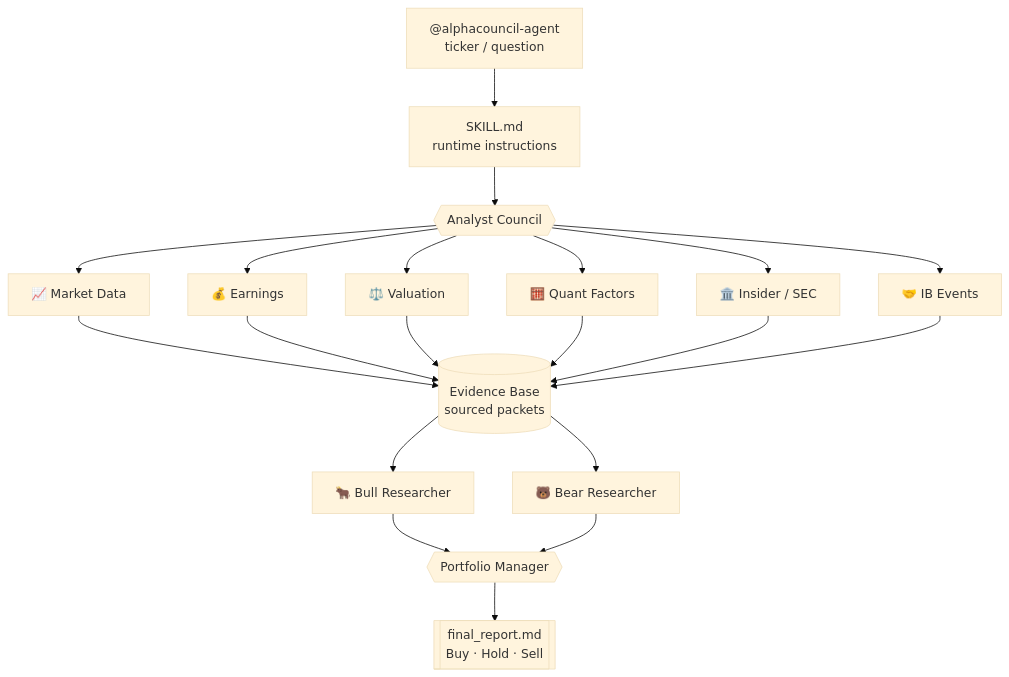
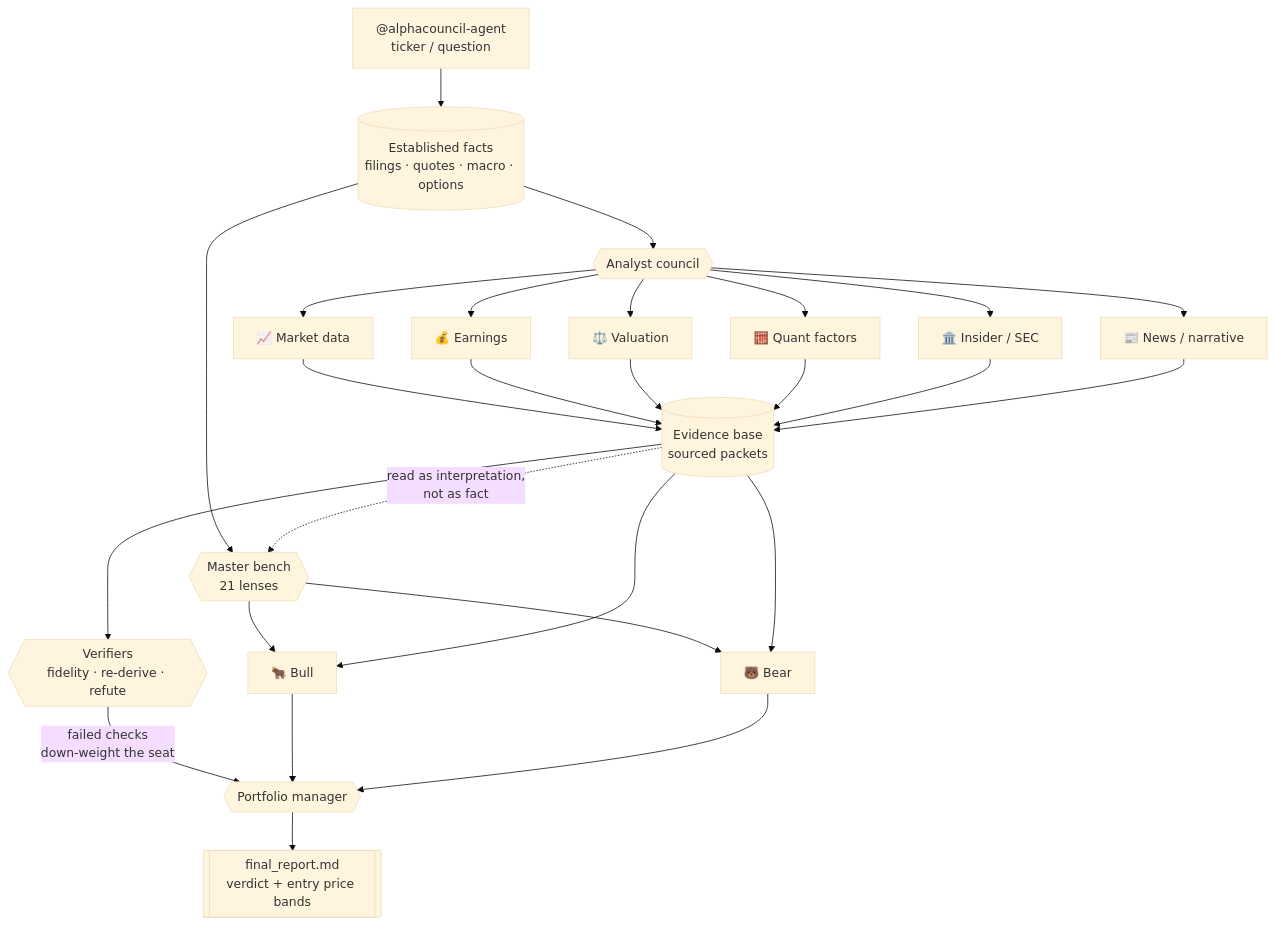
One commit to Zhao73/alphacouncil-agent changed the diagram in README.md. Above: the diagram before and after it, drawn with Mermaid (base theme). The commit also changed other lines of this file and 2 other files, not shown here.

````diff
--- a/README.md
+++ b/README.md
@@ -137,22 +187,28 @@
 ```mermaid
 flowchart TD
-    U["@alphacouncil-agent<br/>ticker / question"] --> SK["SKILL.md<br/>runtime instructions"]
-    SK --> AG{{"Analyst Council"}}
-    AG --> A1["📈 Market Data"]
+    U["@alphacouncil-agent<br/>ticker / question"] --> G[("Established facts<br/>filings · quotes · macro · options")]
+    G --> AG{{"Analyst council"}}
+    G --> MS{{"Master bench<br/>21 lenses"}}
+    AG --> A1["📈 Market data"]
     AG --> A2["💰 Earnings"]
     AG --> A3["⚖️ Valuation"]
-    AG --> A4["🧮 Quant Factors"]
+    AG --> A4["🧮 Quant factors"]
     AG --> A5["🏛️ Insider / SEC"]
-    AG --> A6["🤝 IB Events"]
-    A1 --> EV[("Evidence Base<br/>sourced packets")]
+    AG --> A6["📰 News / narrative"]
+    A1 --> EV[("Evidence base<br/>sourced packets")]
     A2 --> EV
     A3 --> EV
     A4 --> EV
     A5 --> EV
     A6 --> EV
-    EV --> BULL["🐂 Bull Researcher"]
-    EV --> BEAR["🐻 Bear Researcher"]
-    BULL --> PM{{"Portfolio Manager"}}
+    EV -.->|"read as interpretation,<br/>not as fact"| MS
+    EV --> VF{{"Verifiers<br/>fidelity · re-derive · refute"}}
+    VF -->|"failed checks<br/>down-weight the seat"| PM
+    MS --> BULL["🐂 Bull"]
+    MS --> BEAR["🐻 Bear"]
+    EV --> BULL
+    EV --> BEAR
+    BULL --> PM{{"Portfolio manager"}}
     BEAR --> PM
-    PM --> R[["final_report.md<br/>Buy · Hold · Sell"]]
+    PM --> R[["final_report.md<br/>verdict + entry price bands"]]
 ```
````
